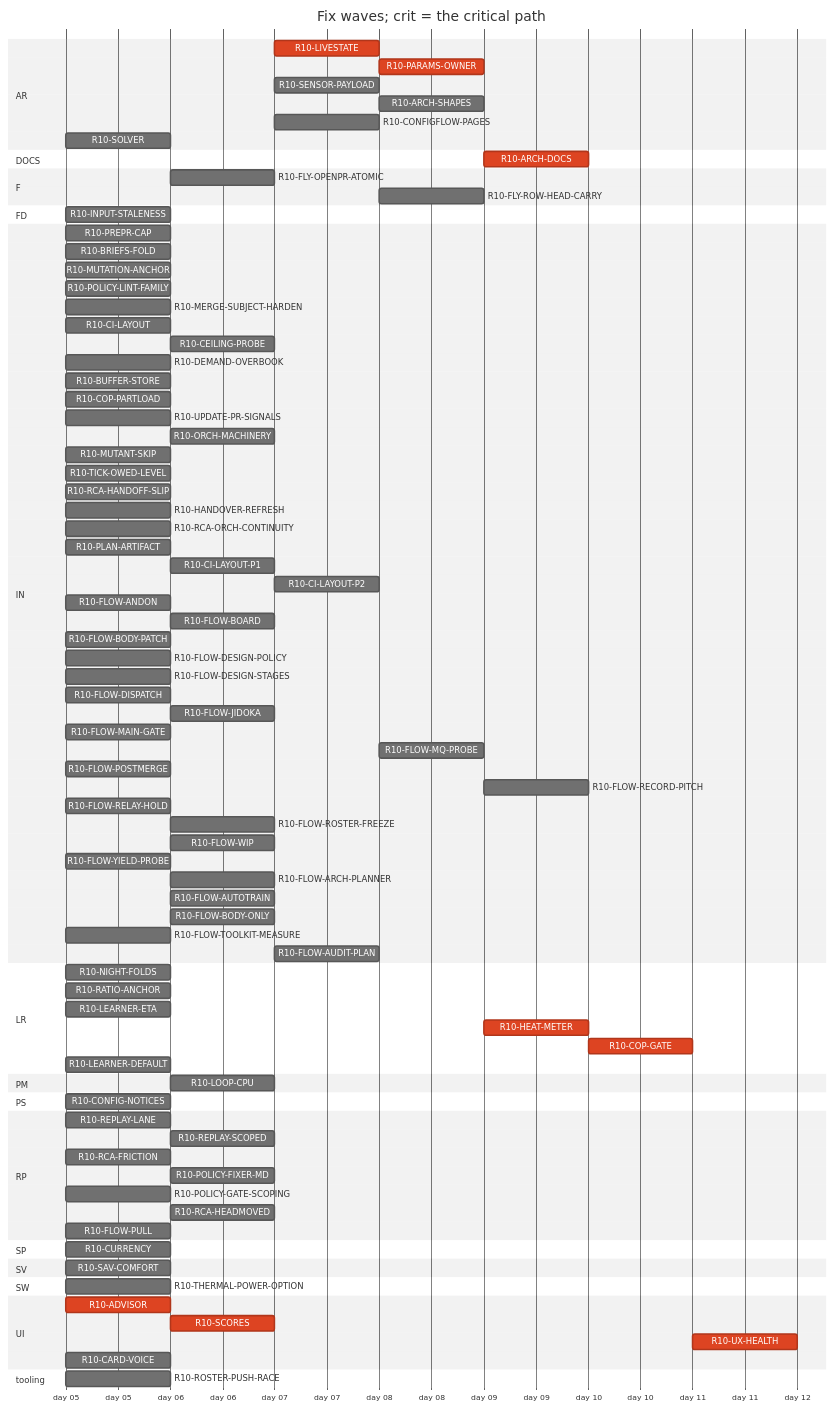
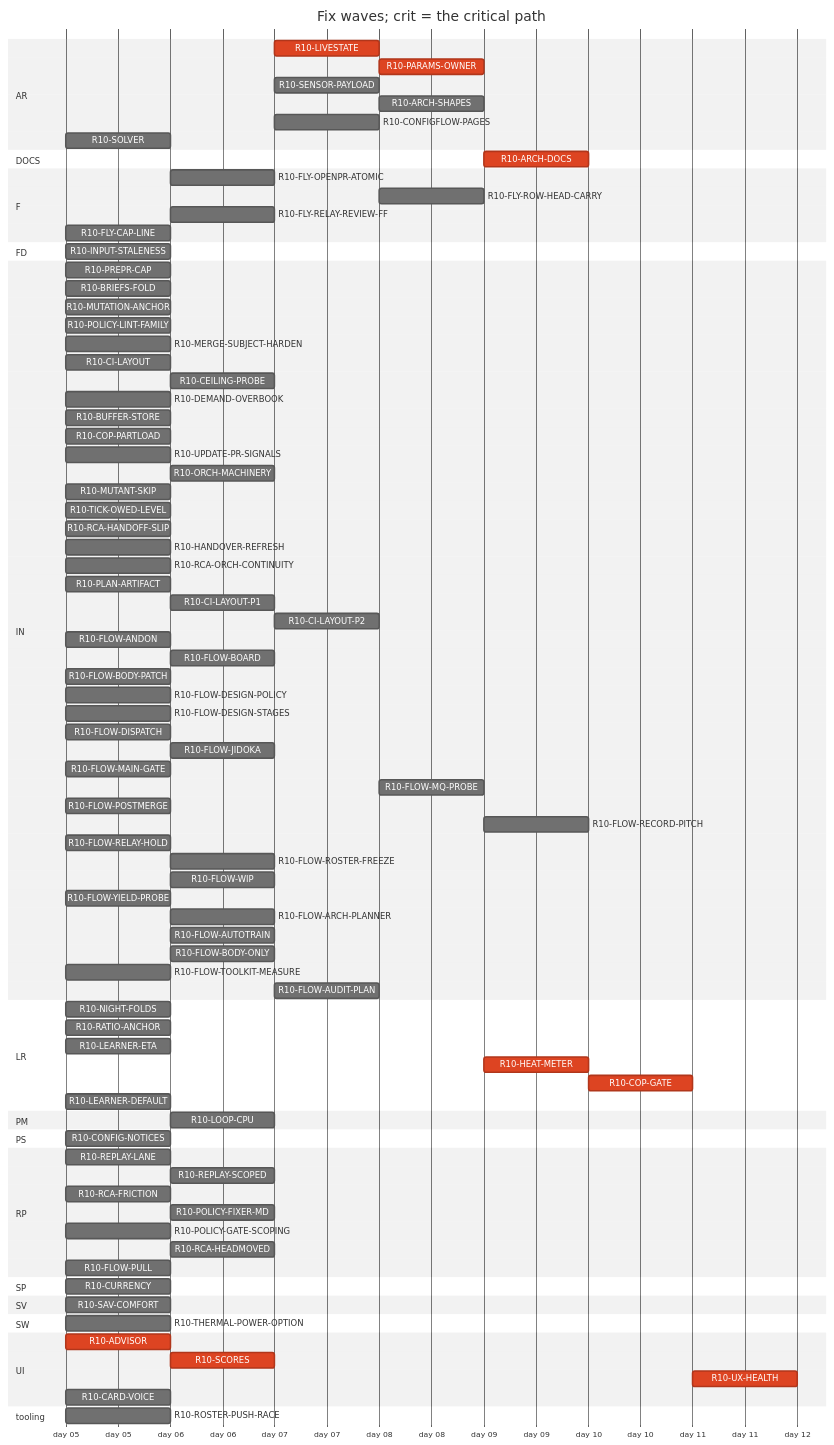
One commit to tvofi/heatpump_optimizer changed the diagram in handoff/round10/state/PLAN-TABLE.md. Above: the diagram before and after it, drawn with Mermaid (neutral theme). The commit also changed other lines of this file and 2 other files, not shown here.

```diff
--- a/handoff/round10/state/PLAN-TABLE.md
+++ b/handoff/round10/state/PLAN-TABLE.md
@@ -41,6 +41,8 @@
   section F
     R10-FLY-OPENPR-ATOMIC :r10FLYOPENPRATOMIC, after r10UPDATEPRSIGNALS, 1d
     R10-FLY-ROW-HEAD-CARRY :r10FLYROWHEADCARRY, after r10CILAYOUTP2 r10FLYOPENPRATOMIC, 1d
+    R10-FLY-RELAY-REVIEW-FF :r10FLYRELAYREVIEWFF, after r10TICKOWEDLEVEL r10FLOWRELAYHOLD r10FLOWANDON r10UPDATEPRSIGNALS, 1d
+    R10-FLY-CAP-LINE :r10FLYCAPLINE, 2026-01-05, 1d
   section FD
     R10-INPUT-STALENESS :r10INPUTSTALENESS, 2026-01-05, 1d
   section IN
```
